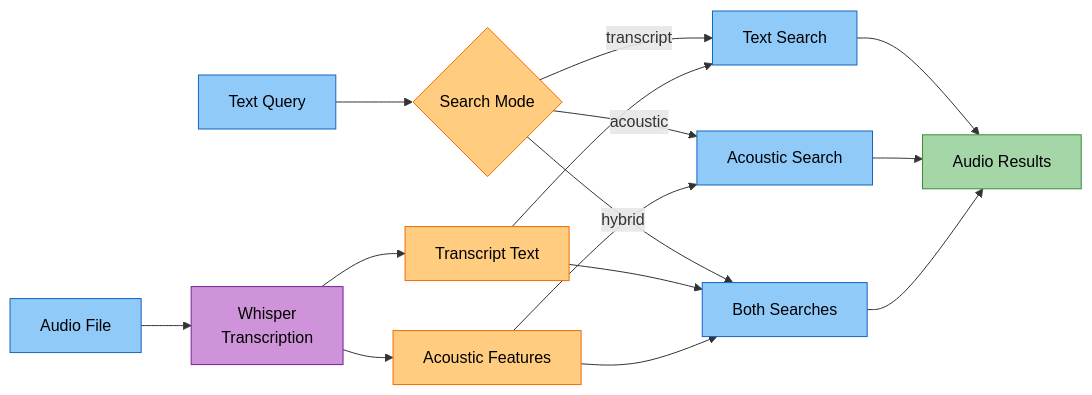
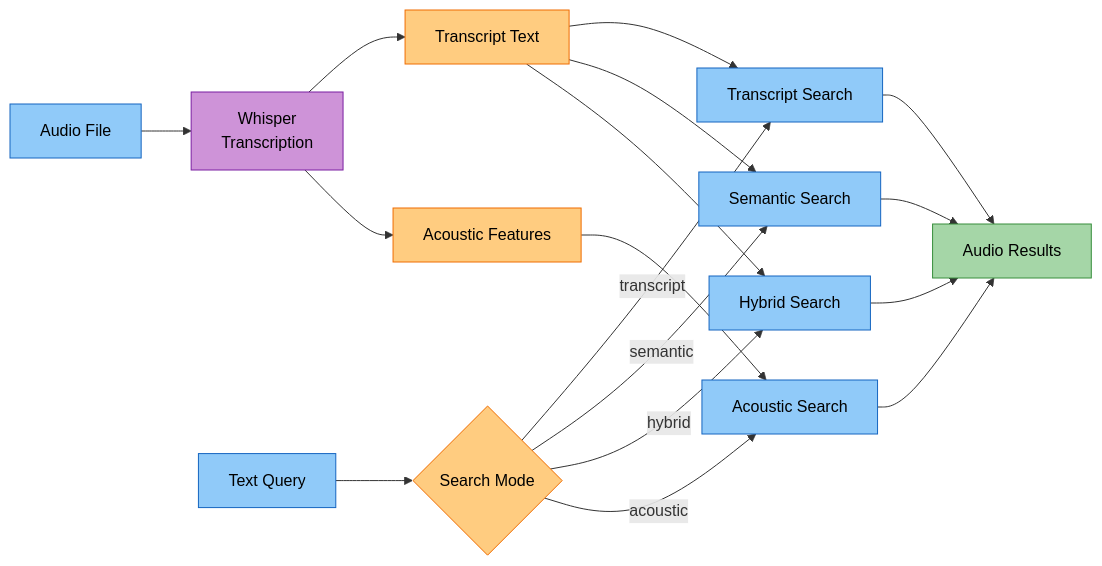
Diagram 13 of 18 in docs/modules/agents.md (amit-jain/cogniverse), drawn with Mermaid before and after one commit. The commit also changed other lines of this file and 4 other files, not shown here.

Commit message:
Route audio text search through backend

````diff
--- a/docs/modules/agents.md
+++ b/docs/modules/agents.md
@@ -2354,32 +2354,35 @@
 ```mermaid
 flowchart LR
     Audio["<span style='color:#000'>Audio File</span>"] --> Whisper["<span style='color:#000'>Whisper<br/>Transcription</span>"]
     Whisper --> Transcript["<span style='color:#000'>Transcript Text</span>"]
     Whisper --> Acoustic["<span style='color:#000'>Acoustic Features</span>"]
 
     Query["<span style='color:#000'>Text Query</span>"] --> Mode{"<span style='color:#000'>Search Mode</span>"}
 
-    Mode -->|transcript| TextSearch["<span style='color:#000'>Text Search</span>"]
+    Mode -->|transcript| TranscriptSearch["<span style='color:#000'>Transcript Search</span>"]
+    Mode -->|semantic| SemanticSearch["<span style='color:#000'>Semantic Search</span>"]
+    Mode -->|hybrid| HybridSearch["<span style='color:#000'>Hybrid Search</span>"]
     Mode -->|acoustic| AcousticSearch["<span style='color:#000'>Acoustic Search</span>"]
-    Mode -->|hybrid| Both["<span style='color:#000'>Both Searches</span>"]
 
-    Transcript --> TextSearch
+    Transcript --> TranscriptSearch
+    Transcript --> SemanticSearch
+    Transcript --> HybridSearch
     Acoustic --> AcousticSearch
-    Transcript --> Both
-    Acoustic --> Both
 
-    TextSearch --> Results["<span style='color:#000'>Audio Results</span>"]
+    TranscriptSearch --> Results["<span style='color:#000'>Audio Results</span>"]
+    SemanticSearch --> Results
+    HybridSearch --> Results
     AcousticSearch --> Results
-    Both --> Results
 
     style Audio fill:#90caf9,stroke:#1565c0,color:#000
     style Query fill:#90caf9,stroke:#1565c0,color:#000
     style Whisper fill:#ce93d8,stroke:#7b1fa2,color:#000
     style Transcript fill:#ffcc80,stroke:#ef6c00,color:#000
     style Acoustic fill:#ffcc80,stroke:#ef6c00,color:#000
     style Mode fill:#ffcc80,stroke:#ef6c00,color:#000
-    style TextSearch fill:#90caf9,stroke:#1565c0,color:#000
+    style TranscriptSearch fill:#90caf9,stroke:#1565c0,color:#000
+    style SemanticSearch fill:#90caf9,stroke:#1565c0,color:#000
+    style HybridSearch fill:#90caf9,stroke:#1565c0,color:#000
     style AcousticSearch fill:#90caf9,stroke:#1565c0,color:#000
-    style Both fill:#90caf9,stroke:#1565c0,color:#000
     style Results fill:#a5d6a7,stroke:#388e3c,color:#000
 ```
````
